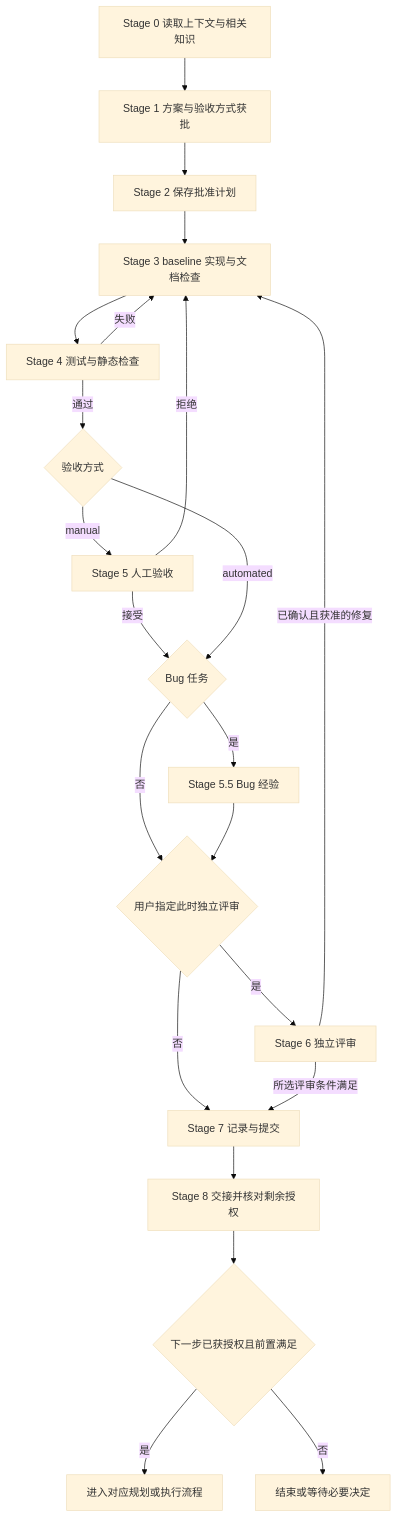
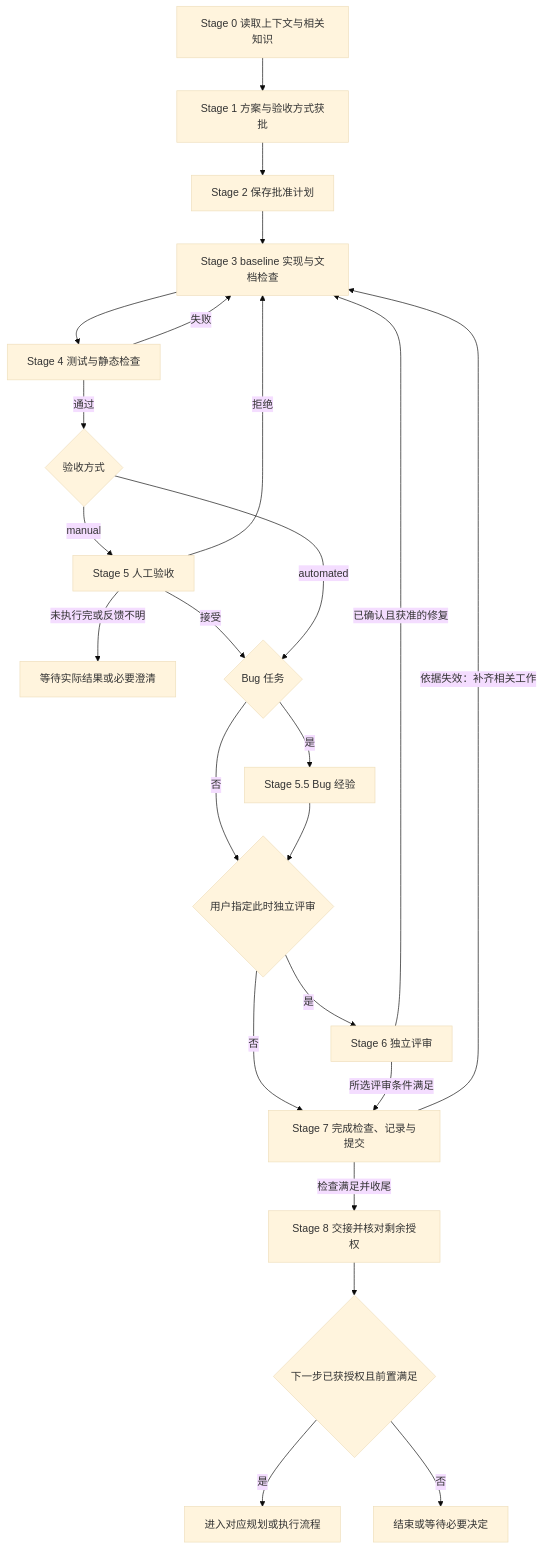
One commit to yxy823/Game_idle_yaya_frame changed the first of 3 diagrams in framework/docs/blank-project/guides/feature-delivery.md. Above: the diagram before and after it, drawn with Mermaid (base theme). The commit also changed other lines of this file and 14 other files, not shown here.

First line of the commit message:
docs(handbook): 重组正式使用手册并补齐流程与验证图示

````diff
--- a/framework/docs/blank-project/guides/feature-delivery.md
+++ b/framework/docs/blank-project/guides/feature-delivery.md
@@ -167,24 +11,26 @@
 ```mermaid
 flowchart TD
     S0[Stage 0 读取上下文与相关知识] --> S1[Stage 1 方案与验收方式获批]
     S1 --> S2[Stage 2 保存批准计划]
     S2 --> S3[Stage 3 baseline 实现与文档检查]
     S3 --> S4[Stage 4 测试与静态检查]
     S4 -->|失败| S3
     S4 -->|通过| A{验收方式}
     A -->|manual| S5[Stage 5 人工验收]
     S5 -->|拒绝| S3
+    S5 -->|未执行完或反馈不明| P[等待实际结果或必要澄清]
     S5 -->|接受| B{Bug 任务}
     A -->|automated| B
     B -->|是| S55[Stage 5.5 Bug 经验]
     B -->|否| R{用户指定此时独立评审}
     S55 --> R
     R -->|是| S6[Stage 6 独立评审]
-    R -->|否| S7[Stage 7 记录与提交]
+    R -->|否| S7[Stage 7 完成检查、记录与提交]
     S6 -->|已确认且获准的修复| S3
     S6 -->|所选评审条件满足| S7
-    S7 --> S8[Stage 8 交接并核对剩余授权]
+    S7 -->|依据失效：补齐相关工作| S3
+    S7 -->|检查满足并收尾| S8[Stage 8 交接并核对剩余授权]
     S8 --> N{下一步已获授权且前置满足}
     N -->|是| W[进入对应规划或执行流程]
     N -->|否| E[结束或等待必要决定]
 ```
````
